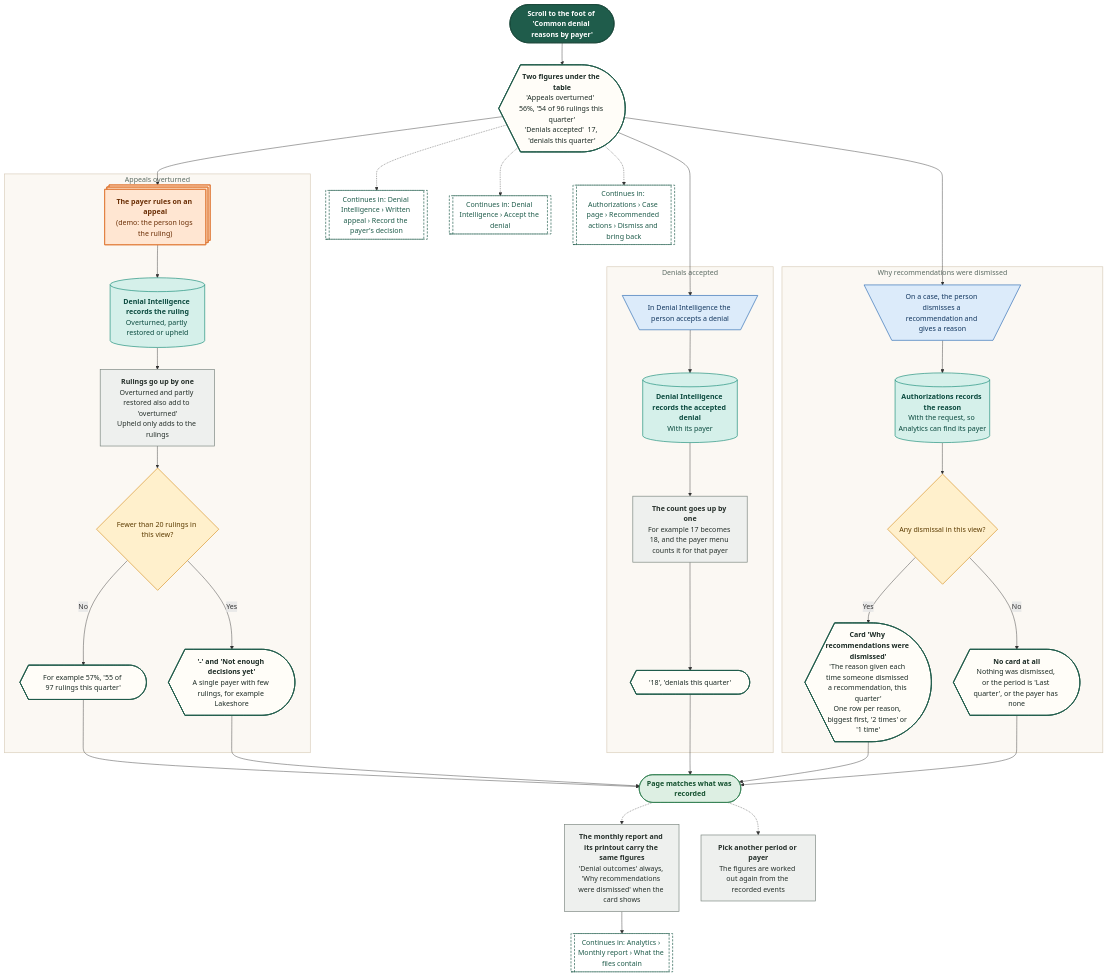
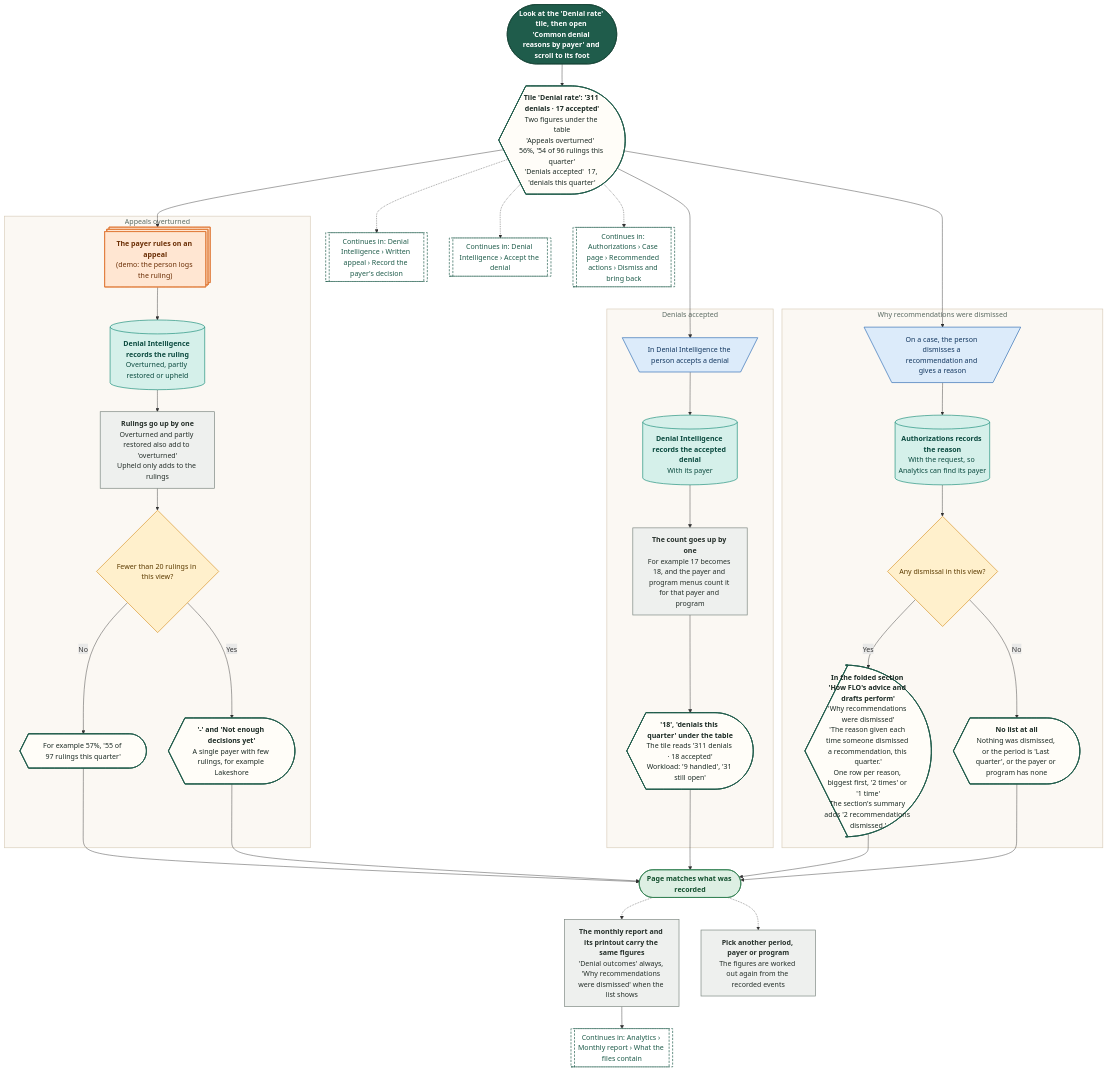
Before and after one commit to Shrav143/psyfloapp: the seventh of 12 diagrams in demos/prior-auth-demo/workflows/out/md/08-analytics.md, drawn with Mermaid. The commit also changed other lines of this file and 192 other files, not shown here.

First line of the commit message:
docs: changelog by sidebar tab; README, diagrams and Settings layout aligned with the refinement; shared InfoTip; referral cost-share line

````diff
--- a/demos/prior-auth-demo/workflows/out/md/08-analytics.md
+++ b/demos/prior-auth-demo/workflows/out/md/08-analytics.md
@@ -408,74 +525,74 @@
 ```mermaid
 %%{init: {"theme":"base","themeVariables":{"fontFamily":"'DM Sans', 'Segoe UI', system-ui, sans-serif","fontSize":"15px","lineColor":"#5B6B63","primaryTextColor":"#1C2B25","clusterBkg":"#FBF8F3","clusterBorder":"#D9CDBB","edgeLabelBackground":"#FFFFFF"},"flowchart":{"curve":"basis","nodeSpacing":36,"rankSpacing":48,"padding":12,"htmlLabels":true,"useMaxWidth":false,"wrappingWidth":230}} }%%
 flowchart TD
   classDef k_start fill:#1F5C4B,stroke:#174638,color:#FFFFFF,stroke-width:1.5px,font-weight:600
   classDef k_end fill:#DDEFE3,stroke:#2E7D4F,color:#14502F,stroke-width:1.5px,font-weight:600
   classDef k_endx fill:#FBE3E0,stroke:#C0392B,color:#7A1F16,stroke-width:1.5px,font-weight:600
   classDef k_screen fill:#FFFDF8,stroke:#1F5C4B,color:#1C2B25,stroke-width:2px
   classDef k_overlay fill:#F1F7F3,stroke:#1F5C4B,color:#1C2B25,stroke-width:2px,stroke-dasharray:5 3
   classDef k_click fill:#DCEBFA,stroke:#2F6DB5,color:#12365F,stroke-width:1.5px
   classDef k_input fill:#E4E7FF,stroke:#4C5FD5,color:#1D2670,stroke-width:1.5px
   classDef k_process fill:#EEF0EE,stroke:#7A857F,color:#26302B,stroke-width:1.5px
   classDef k_agent fill:#EEE5FA,stroke:#7A4FC2,color:#341A63,stroke-width:1.5px
   classDef k_decision fill:#FFF0CC,stroke:#D9962B,color:#5C3B00,stroke-width:1.5px
   classDef k_store fill:#D5F0EA,stroke:#1C8E7B,color:#0B4A3F,stroke-width:1.5px
   classDef k_doc fill:#F6E9DC,stroke:#B07A4C,color:#4A2E14,stroke-width:1.5px
   classDef k_ext fill:#FFE6D2,stroke:#E07B39,color:#6B2F06,stroke-width:1.5px
   classDef k_wait fill:#E4E8EE,stroke:#6B7C93,color:#26303D,stroke-width:1.5px
   classDef k_toast fill:#FFF9DB,stroke:#C9A400,color:#5A4A00,stroke-width:1.5px
   classDef k_goto fill:#FFFFFF,stroke:#1F5C4B,color:#1F5C4B,stroke-width:1.5px,stroke-dasharray:5 3
-  s1@{ shape: stadium, label: "Scroll to the foot of 'Common denial reasons by payer'" }
-  sc@{ shape: curv-trap, label: "<b>Two figures under the table</b><br/>'Appeals overturned'  56%, '54 of 96 rulings this quarter'<br/>'Denials accepted'  17, 'denials this quarter'" }
+  s1@{ shape: stadium, label: "Look at the 'Denial rate' tile, then open 'Common denial reasons by payer' and scroll to its foot" }
+  sc@{ shape: curv-trap, label: "<b>Tile 'Denial rate': '311 denials · 17 accepted'</b><br/>Two figures under the table<br/>'Appeals overturned'  56%, '54 of 96 rulings this quarter'<br/>'Denials accepted'  17, 'denials this quarter'" }
   subgraph gApp ["Appeals overturned"]
   x1@{ shape: st-rect, label: "<b>The payer rules on an appeal</b><br/>(demo: the person logs the ruling)" }
   st1@{ shape: cyl, label: "<b>Denial Intelligence records the ruling</b><br/>Overturned, partly restored or upheld" }
   p1@{ shape: rect, label: "<b>Rulings go up by one</b><br/>Overturned and partly restored also add to 'overturned'<br/>Upheld only adds to the rulings" }
   q1@{ shape: diam, label: "Fewer than 20 rulings in this view?" }
   o1@{ shape: curv-trap, label: "For example 57%, '55 of 97 rulings this quarter'" }
   o2@{ shape: curv-trap, label: "<b>'-' and 'Not enough decisions yet'</b><br/>A single payer with few rulings, for example Lakeshore" }
   end
   subgraph gOff ["Denials accepted"]
   k1@{ shape: trap-t, label: "In Denial Intelligence the person accepts a denial" }
   st2@{ shape: cyl, label: "<b>Denial Intelligence records the accepted denial</b><br/>With its payer" }
-  p2@{ shape: rect, label: "<b>The count goes up by one</b><br/>For example 17 becomes 18, and the payer menu counts it for that payer" }
-  o3@{ shape: curv-trap, label: "'18', 'denials this quarter'" }
+  p2@{ shape: rect, label: "<b>The count goes up by one</b><br/>For example 17 becomes 18, and the payer and program menus count it for that payer and program" }
+  o3@{ shape: curv-trap, label: "<b>'18', 'denials this quarter' under the table</b><br/>The tile reads '311 denials · 18 accepted'<br/>Workload: '9 handled', '31 still open'" }
   end
   subgraph gDis ["Why recommendations were dismissed"]
   k2@{ shape: trap-t, label: "On a case, the person dismisses a recommendation and gives a reason" }
   st3@{ shape: cyl, label: "<b>Authorizations records the reason</b><br/>With the request, so Analytics can find its payer" }
   q2@{ shape: diam, label: "Any dismissal in this view?" }
-  d1@{ shape: curv-trap, label: "<b>Card 'Why recommendations were dismissed'</b><br/>'The reason given each time someone dismissed a recommendation, this quarter'<br/>One row per reason, biggest first, '2 times' or '1 time'" }
-  d2@{ shape: curv-trap, label: "<b>No card at all</b><br/>Nothing was dismissed, or the period is 'Last quarter', or the payer has none" }
+  d1@{ shape: curv-trap, label: "<b>In the folded section 'How FLO's advice and drafts perform'</b><br/>'Why recommendations were dismissed'<br/>'The reason given each time someone dismissed a recommendation, this quarter.'<br/>One row per reason, biggest first, '2 times' or '1 time'<br/>The section's summary adds '2 recommendations dismissed.'" }
+  d2@{ shape: curv-trap, label: "<b>No list at all</b><br/>Nothing was dismissed, or the period is 'Last quarter', or the payer or program has none" }
   end
-  m1@{ shape: rect, label: "<b>The monthly report and its printout carry the same figures</b><br/>'Denial outcomes' always, 'Why recommendations were dismissed' when the card shows" }
-  m2@{ shape: rect, label: "<b>Pick another period or payer</b><br/>The figures are worked out again from the recorded events" }
+  m1@{ shape: rect, label: "<b>The monthly report and its printout carry the same figures</b><br/>'Denial outcomes' always, 'Why recommendations were dismissed' when the list shows" }
+  m2@{ shape: rect, label: "<b>Pick another period, payer or program</b><br/>The figures are worked out again from the recorded events" }
   g1@{ shape: subproc, label: "Continues in: Denial Intelligence › Written appeal › Record the payer's decision" }
   g2@{ shape: subproc, label: "Continues in: Denial Intelligence › Accept the denial" }
   g3@{ shape: subproc, label: "Continues in: Authorizations › Case page › Recommended actions › Dismiss and bring back" }
   g4@{ shape: subproc, label: "Continues in: Analytics › Monthly report › What the files contain" }
   e1@{ shape: stadium, label: "Page matches what was recorded" }
   s1 --> sc
   sc -.-> g1 & g2 & g3
   x1 --> st1 --> p1 --> q1
   q1 -->|"No"| o1 --> e1
   q1 -->|"Yes"| o2 --> e1
   k1 --> st2 --> p2 --> o3 --> e1
   k2 --> st3 --> q2
   q2 -->|"Yes"| d1 --> e1
   q2 -->|"No"| d2 --> e1
   sc --> x1 & k1 & k2
   e1 -.-> m1 --> g4
   e1 -.-> m2
   class s1 k_start
   class sc,o1,o2,o3,d1,d2 k_screen
   class x1 k_ext
   class st1,st2,st3 k_store
   class p1,p2,m1,m2 k_process
   class q1,q2 k_decision
   class k1,k2 k_click
   class g1,g2,g3,g4 k_goto
   class e1 k_end
   style gApp fill:#FBF8F3,stroke:#D9CDBB,stroke-width:1.5px,color:#5B6B63
   style gOff fill:#FBF8F3,stroke:#D9CDBB,stroke-width:1.5px,color:#5B6B63
   style gDis fill:#FBF8F3,stroke:#D9CDBB,stroke-width:1.5px,color:#5B6B63
 ```
````
